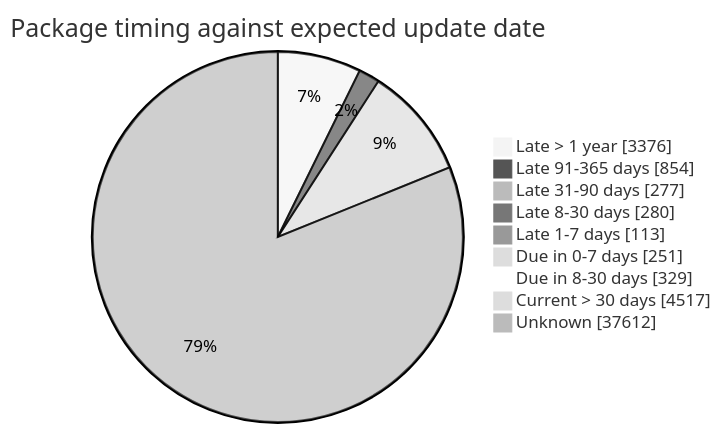
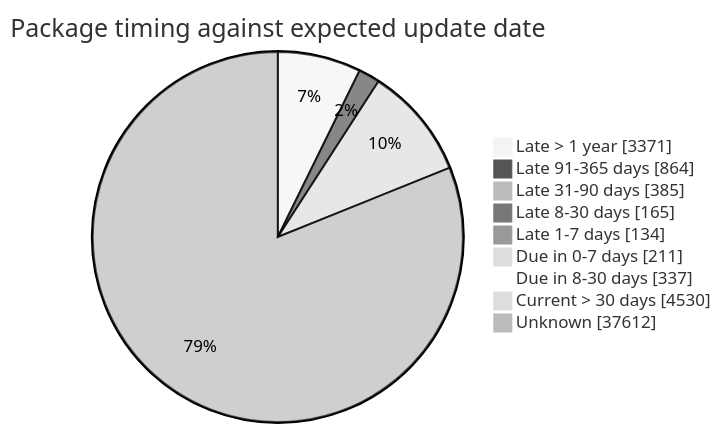
One commit to open-data/analytics-corporate-reporting changed the fourth of 5 diagrams in FreshCheck/README.md. Above: the diagram before and after it, drawn with Mermaid (neutral theme). The commit also changed other lines of this file and 3 other files, not shown here.

````diff
--- a/FreshCheck/README.md
+++ b/FreshCheck/README.md
@@ -86,12 +86,12 @@
 ```mermaid
 pie showData title Package timing against expected update date
-    "Late > 1 year": 3376
-    "Late 91-365 days": 854
-    "Late 31-90 days": 277
-    "Late 8-30 days": 280
-    "Late 1-7 days": 113
-    "Due in 0-7 days": 251
-    "Due in 8-30 days": 329
-    "Current > 30 days": 4517
+    "Late > 1 year": 3371
+    "Late 91-365 days": 864
+    "Late 31-90 days": 385
+    "Late 8-30 days": 165
+    "Late 1-7 days": 134
+    "Due in 0-7 days": 211
+    "Due in 8-30 days": 337
+    "Current > 30 days": 4530
     "Unknown": 37612
 ```
````
